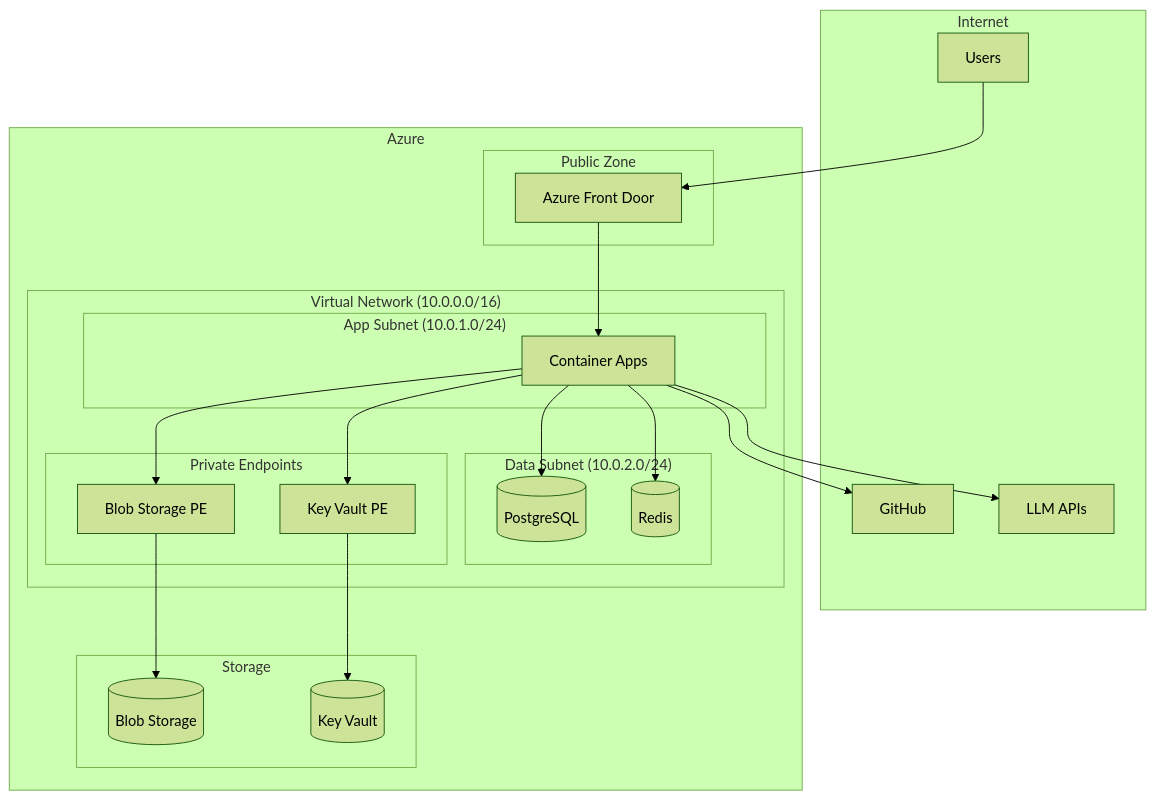
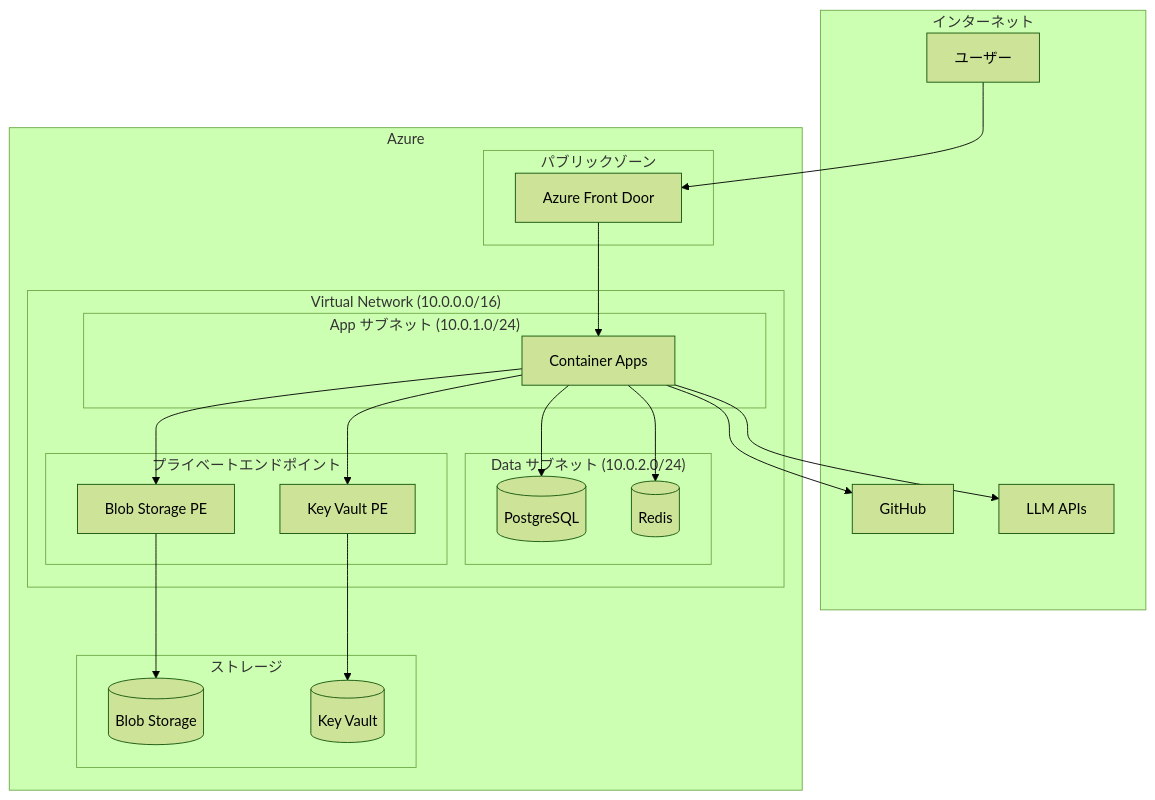
One commit to hampen2929/zloth changed the tenth of 16 diagrams in docs/azure_host_design.md. Above: the diagram before and after it, drawn with Mermaid (forest theme). The commit also changed other lines of this file, not shown here.

````diff
--- a/docs/azure_host_design.md
+++ b/docs/azure_host_design.md
@@ -409,44 +743,44 @@
 ```mermaid
 flowchart TB
-    subgraph Internet
-        Users[Users]
+    subgraph Internet["インターネット"]
+        Users[ユーザー]
         GitHub[GitHub]
         LLM[LLM APIs]
     end
 
     subgraph Azure["Azure"]
-        subgraph PublicZone["Public Zone"]
+        subgraph PublicZone["パブリックゾーン"]
             FrontDoor[Azure Front Door]
         end
 
         subgraph VNet["Virtual Network (10.0.0.0/16)"]
-            subgraph AppSubnet["App Subnet (10.0.1.0/24)"]
+            subgraph AppSubnet["App サブネット (10.0.1.0/24)"]
                 ContainerApps[Container Apps]
             end
 
-            subgraph DataSubnet["Data Subnet (10.0.2.0/24)"]
+            subgraph DataSubnet["Data サブネット (10.0.2.0/24)"]
                 PostgreSQL[(PostgreSQL)]
                 Redis[(Redis)]
             end
 
-            subgraph PrivateEndpoints["Private Endpoints"]
+            subgraph PrivateEndpoints["プライベートエンドポイント"]
                 BlobPE[Blob Storage PE]
                 KeyVaultPE[Key Vault PE]
             end
         end
 
-        subgraph Storage["Storage"]
+        subgraph Storage["ストレージ"]
             BlobStorage[(Blob Storage)]
             KeyVault[(Key Vault)]
         end
     end
 
     Users --> FrontDoor
     FrontDoor --> ContainerApps
     ContainerApps --> PostgreSQL
     ContainerApps --> Redis
     ContainerApps --> BlobPE --> BlobStorage
     ContainerApps --> KeyVaultPE --> KeyVault
     ContainerApps --> GitHub
     ContainerApps --> LLM
 ```
````
